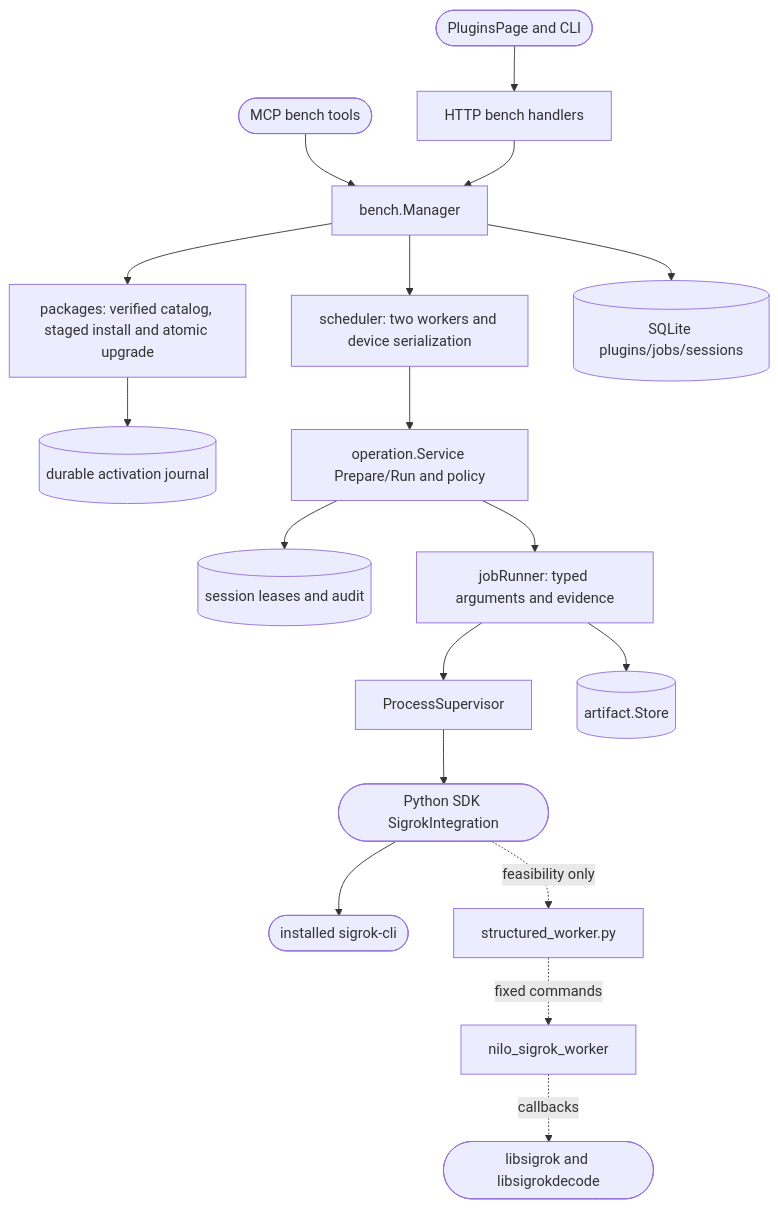
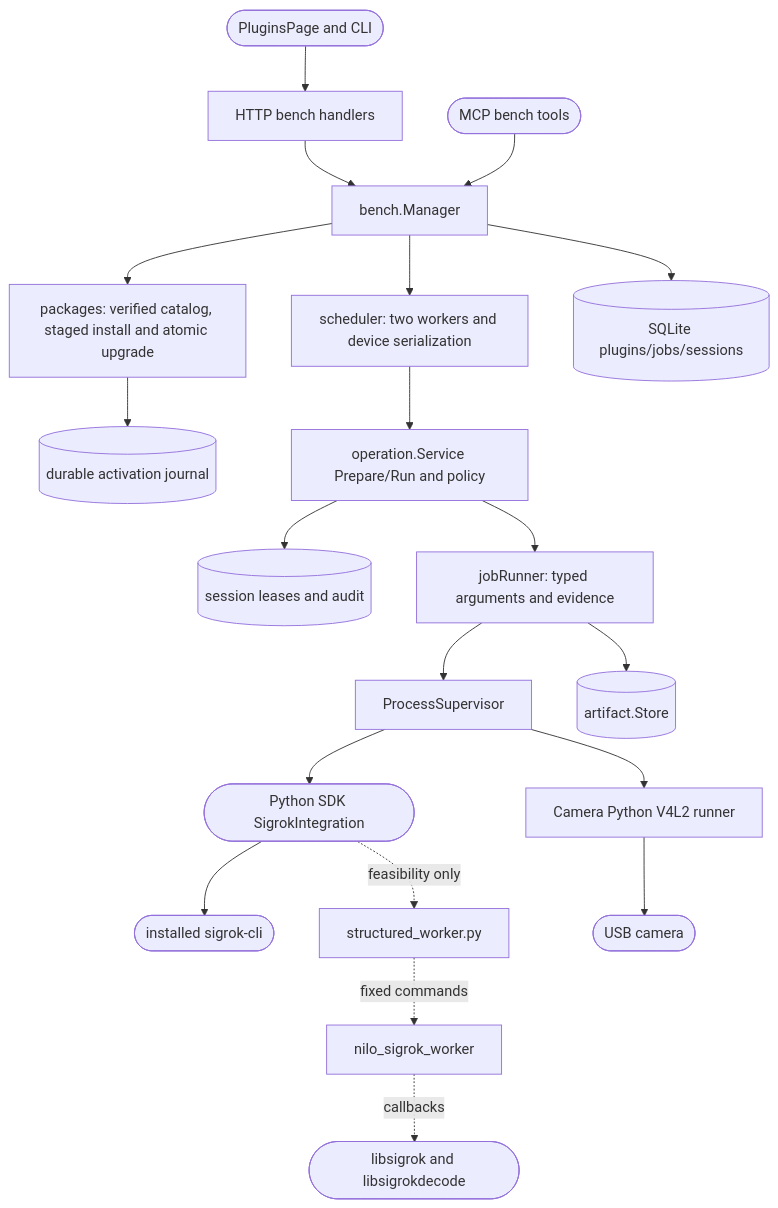
The diagram in .agentic/knowledge/bench-integrations.md (DDP-Engineering/2026_Networked_Intelligent_Lab_Orchestrator), drawn with Mermaid before and after one commit. The commit also changed other lines of this file and 27 other files, not shown here.

````diff
--- a/.agentic/knowledge/bench-integrations.md
+++ b/.agentic/knowledge/bench-integrations.md
@@ -112,20 +114,22 @@
 ```mermaid
 flowchart TD
     gui([PluginsPage and CLI]) --> http[HTTP bench handlers]
     mcp([MCP bench tools]) --> manager[bench.Manager]
     http --> manager
     manager --> packages[packages: verified catalog, staged install and atomic upgrade]
     packages --> journal[(durable activation journal)]
     manager --> queue[scheduler: two workers and device serialization]
     manager --> db[(SQLite plugins/jobs/sessions)]
     queue --> operation[operation.Service Prepare/Run and policy]
     operation --> leases[(session leases and audit)]
     operation --> adapter[jobRunner: typed arguments and evidence]
     adapter --> supervisor[ProcessSupervisor]
     supervisor --> sdk([Python SDK SigrokIntegration])
     sdk --> cli([installed sigrok-cli])
+    supervisor --> camera[Camera Python V4L2 runner]
+    camera --> physical([USB camera])
     sdk -. feasibility only .-> structured[structured_worker.py]
     structured -. fixed commands .-> native[nilo_sigrok_worker]
     native -. callbacks .-> libraries([libsigrok and libsigrokdecode])
     adapter --> artifacts[(artifact.Store)]
 ```
````
